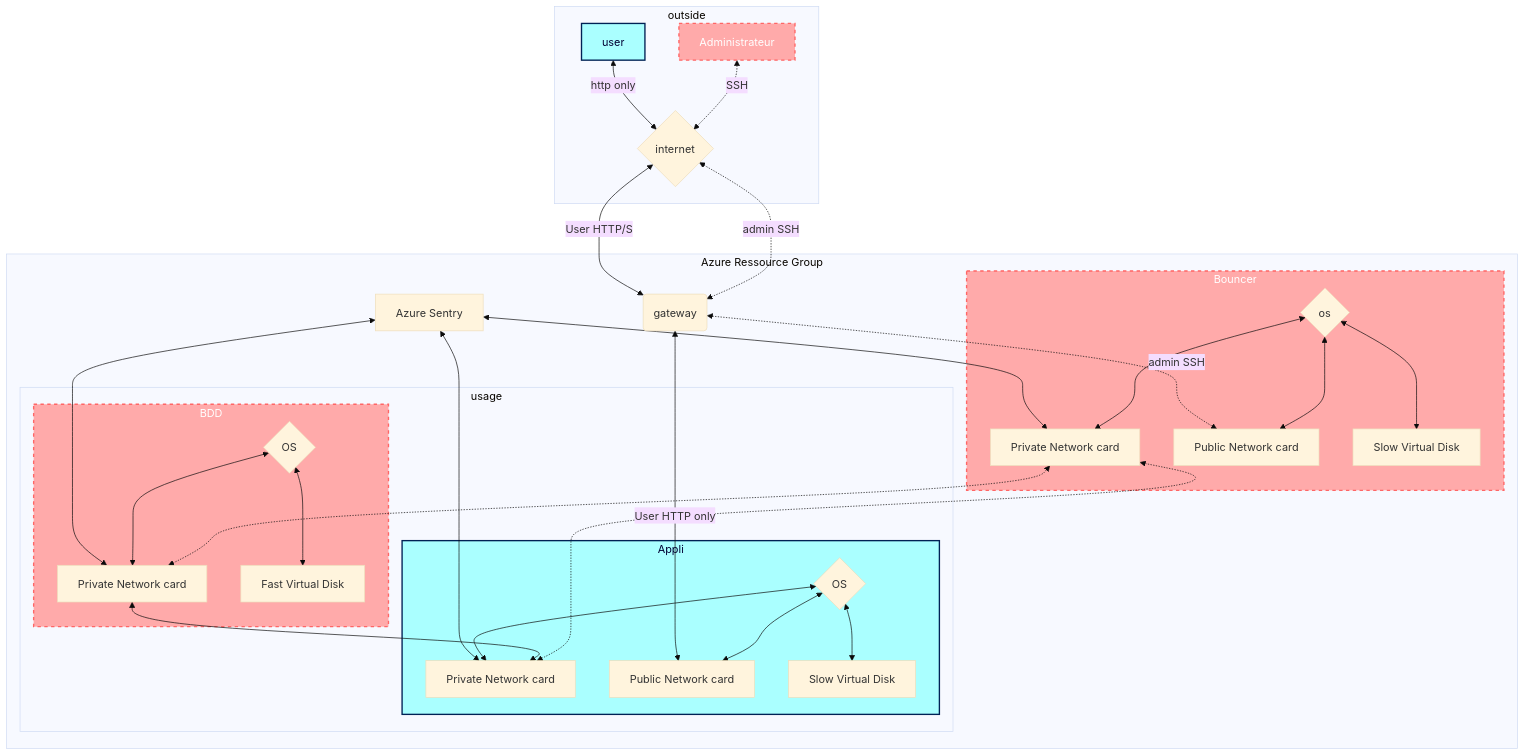
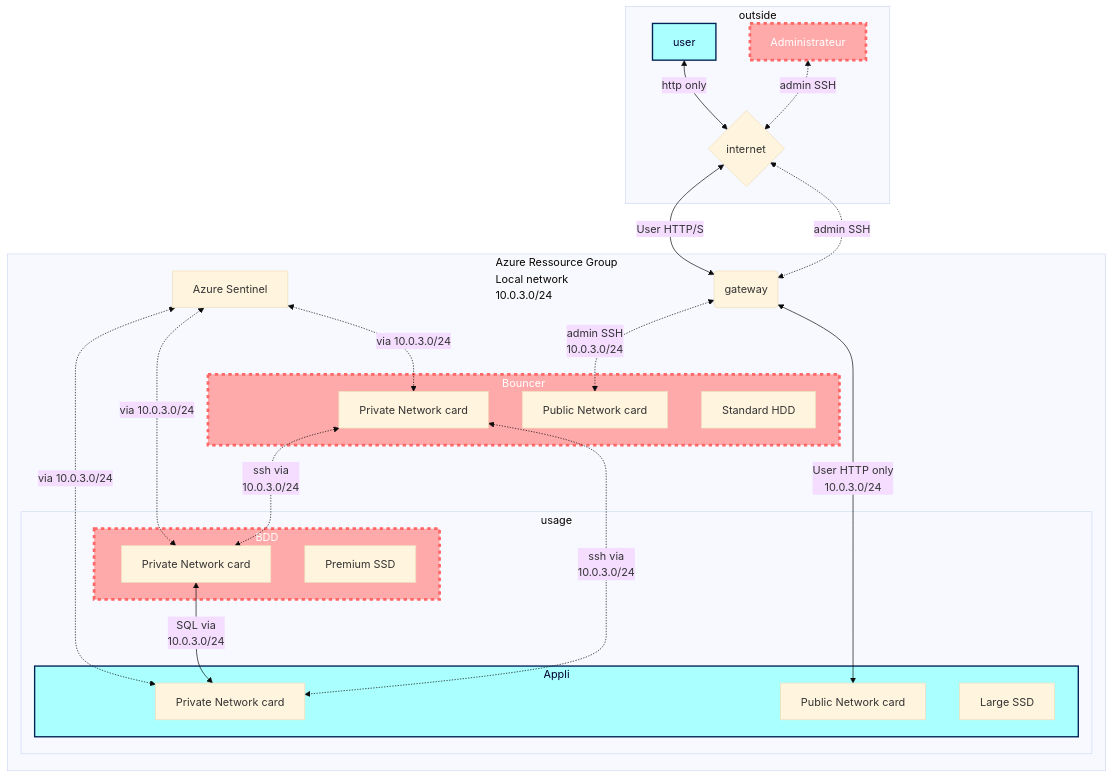
Before and after one commit to simplon-lanloBaptiste/Brief2_groupe3: the diagram in Collaborative note on Azure’s BDD VM's.md, drawn with Mermaid (base theme). The commit also changed other lines of this file, not shown here.

````diff
--- a/Collaborative note on Azure’s BDD VM's.md
+++ b/Collaborative note on Azure’s BDD VM's.md
@@ -5,78 +18,58 @@
 ```mermaid
 flowchart TD
 
-    subgraph rg1 [Azure Ressource Group]
+    subgraph rg1 [Azure Ressource Group <br> Local network <br> 10.0.3.0/24]
         
         subgraph use [usage]
 
         subgraph bdd1 [BDD]
             priv_1[Private Network card]
-            virt_1[Fast Virtual Disk]
-            os_1{OS}
+            virt_1[Premium SSD]
         end
         
         subgraph app1 [Appli]
             priv_2[Private Network card]
             pub_2[Public Network card]
-            virt_2[Slow Virtual Disk]
-            os_2{OS}
+            virt_2[Large SSD]
         end
 
         end
 
         subgraph  admin1 [Bouncer]
             priv_3[Private Network card]
             pub_3[Public Network card]
-            virt_3[Slow Virtual Disk]
-            os_3{os}
+            virt_3[Standard HDD]
         end
 
         gw(gateway)
-        sentry[Azure Sentry]
-
-        
+        sentry[Azure Sentinel]
 
     end
     
     subgraph outside[outside]
         usr[user]
         admin[Administrateur]
         web{internet}
     end
 
     usr <-->|http only| web
-    admin <-.->|SSH| web
+    admin <-.->|admin SSH| web
     
     web <-->|User HTTP/S| gw
     web <-.->|admin SSH| gw
     
-    gw <-->|User HTTP only| pub_2
-    gw <-.->|admin SSH| pub_3
-    sentry <--> priv_1
-    sentry <--> priv_2
-    sentry <--> priv_3
+    gw <-->|User HTTP only <br> 10.0.3.0/24|pub_2
+    gw <-.->|admin SSH <br> 10.0.3.0/24|pub_3
 
-    os_1 <--> virt_1
-    os_1 <--> priv_1
-    
-    os_2 <--> virt_2
-    os_2 <--> priv_2
-    os_2 <--> pub_2
+    sentry <-.->|via 10.0.3.0/24| priv_1 & priv_2 & priv_3
 
-    os_3 <--> virt_3
-    os_3 <--> priv_3
-    os_3 <--> pub_3
+    priv_1 <-->|SQL via <br> 10.0.3.0/24| priv_2
+    priv_3 <-.->|ssh via <br> 10.0.3.0/24| priv_1
+    priv_3 <-.->|ssh via <br> 10.0.3.0/24| priv_2
 
-    priv_1 <--> priv_2
-    priv_3 <-.-> priv_2  
-    priv_3 <-.-> priv_1
-
-
-    classDef secondary fill:#faa,stroke:#f66,stroke-width:2px,color:#fff,stroke-dasharray: 5 5;
-    class admin,admin1,bdd1 secondary;
-    classDef primary fill:#aff,stroke:#025,stroke-width:2px,color:#003;
-    class usr,app1, primary;
-
-
+    classDef sec fill:#faa,stroke:#f66,stroke-width:4px,color:#fff,stroke-dasharray: 5 5;
+    class admin,admin1,bdd1, sec;
+    classDef prim fill:#aff,stroke:#025,stroke-width:2px,color:#003;
+    class usr,app1, prim;
 
 ```
````
